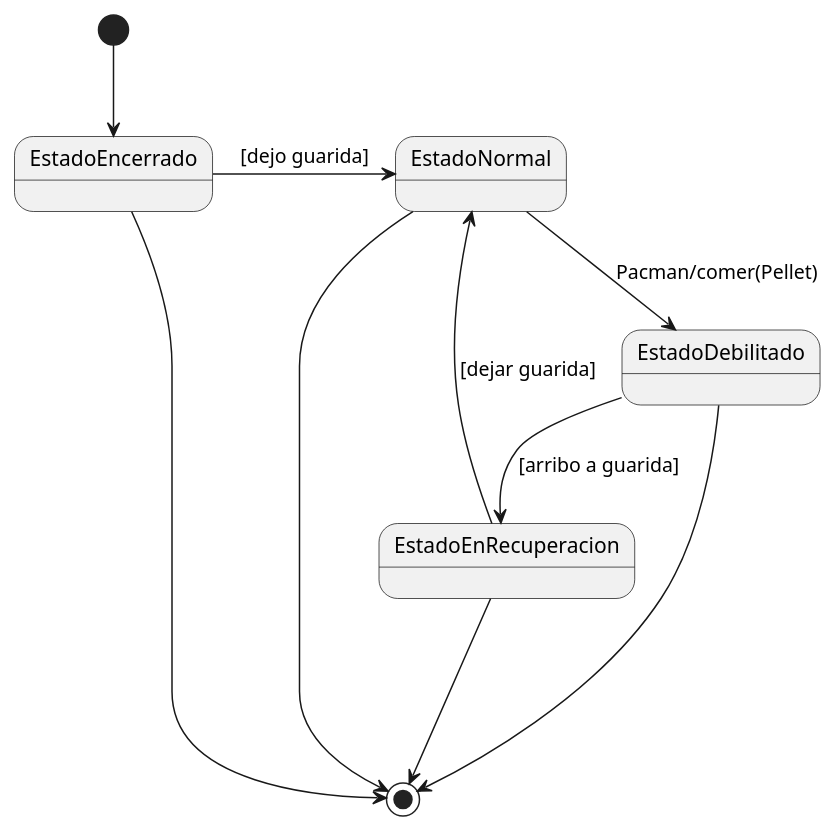
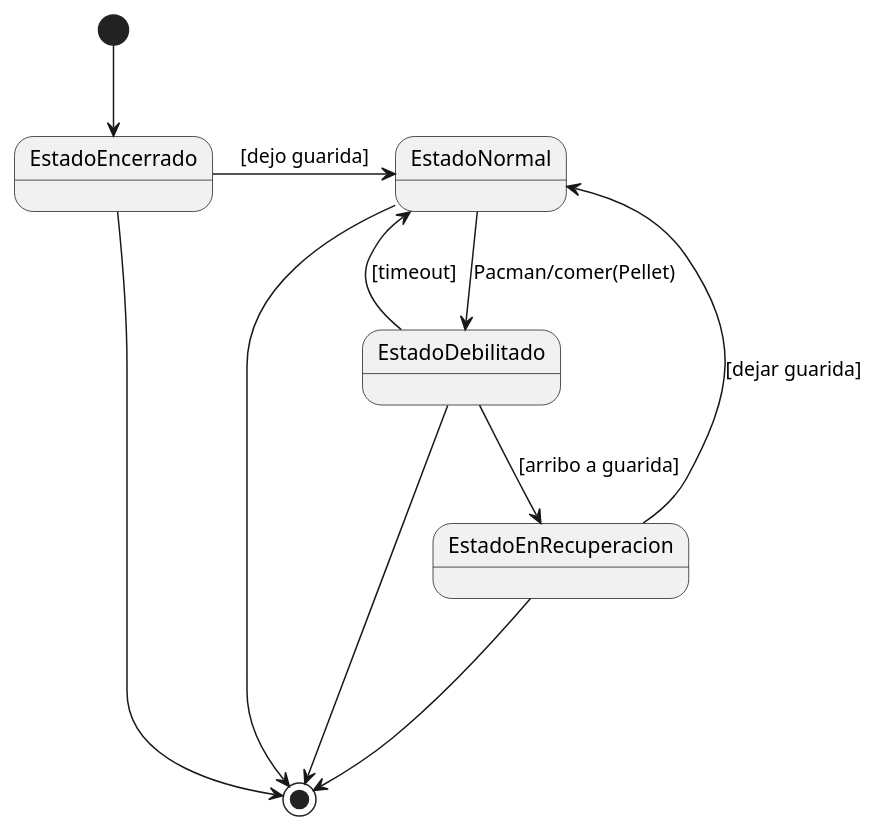
The diagram in diagramas/diagrama-estado-fantasma.plantuml (fiuba/algo3_pacman), drawn with PlantUML before and after one commit. The commit also changed 15 other files, not shown here.

```diff
--- a/diagramas/diagrama-estado-fantasma.plantuml
+++ b/diagramas/diagrama-estado-fantasma.plantuml
@@ -1,14 +1,15 @@
 @startuml
 
 [*] --> EstadoEncerrado
 EstadoEncerrado -> EstadoNormal: [dejo guarida]
 EstadoNormal --> EstadoDebilitado: Pacman/comer(Pellet)
 EstadoDebilitado --> EstadoEnRecuperacion: [arribo a guarida]
+EstadoDebilitado --> EstadoNormal: [timeout]
 EstadoEnRecuperacion --> EstadoNormal: [dejar guarida]
 
 EstadoNormal ---> [*]
 EstadoEncerrado ---> [*]
 EstadoDebilitado ---> [*]
 EstadoEnRecuperacion ---> [*]
 
 @enduml
```
